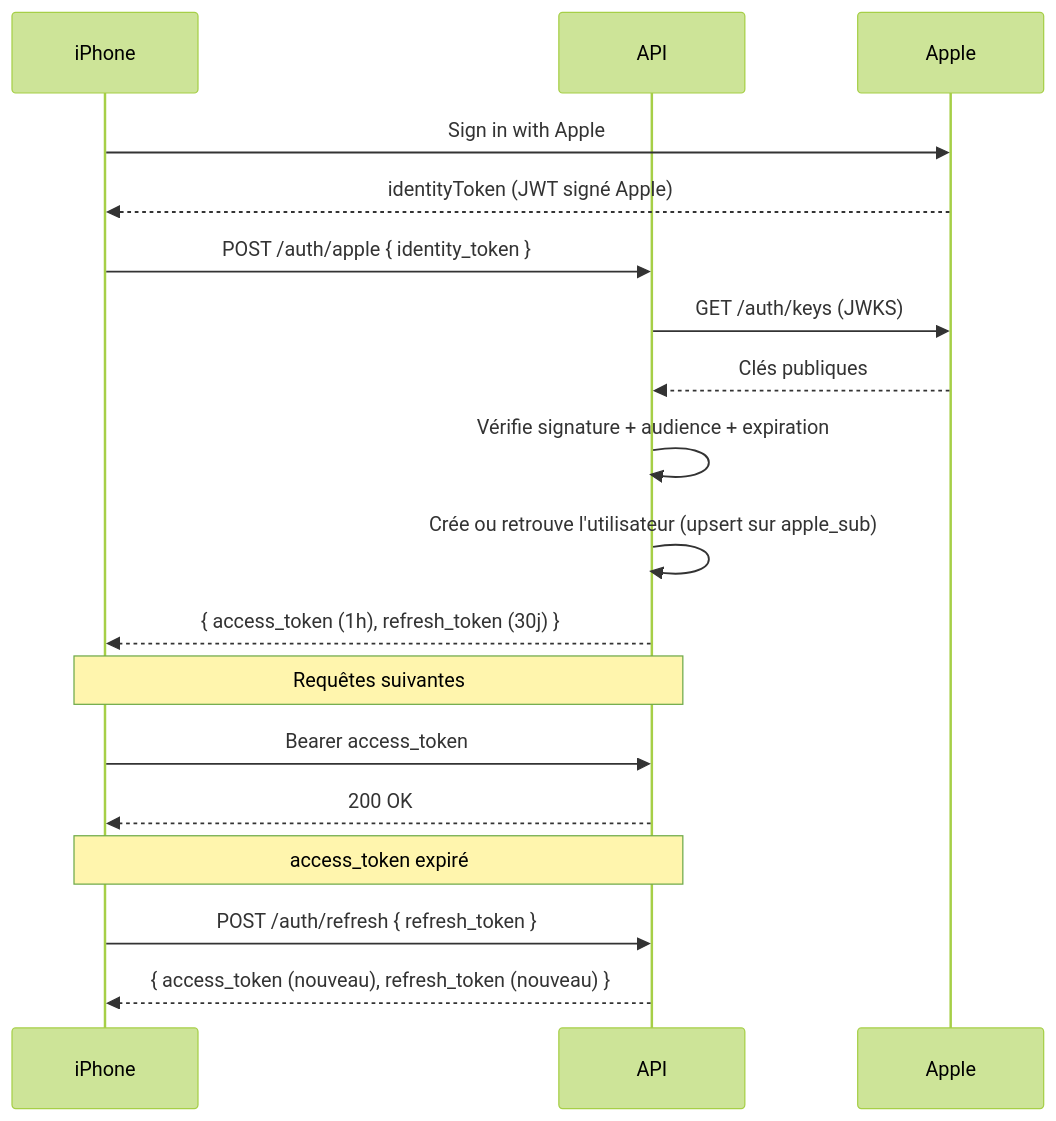
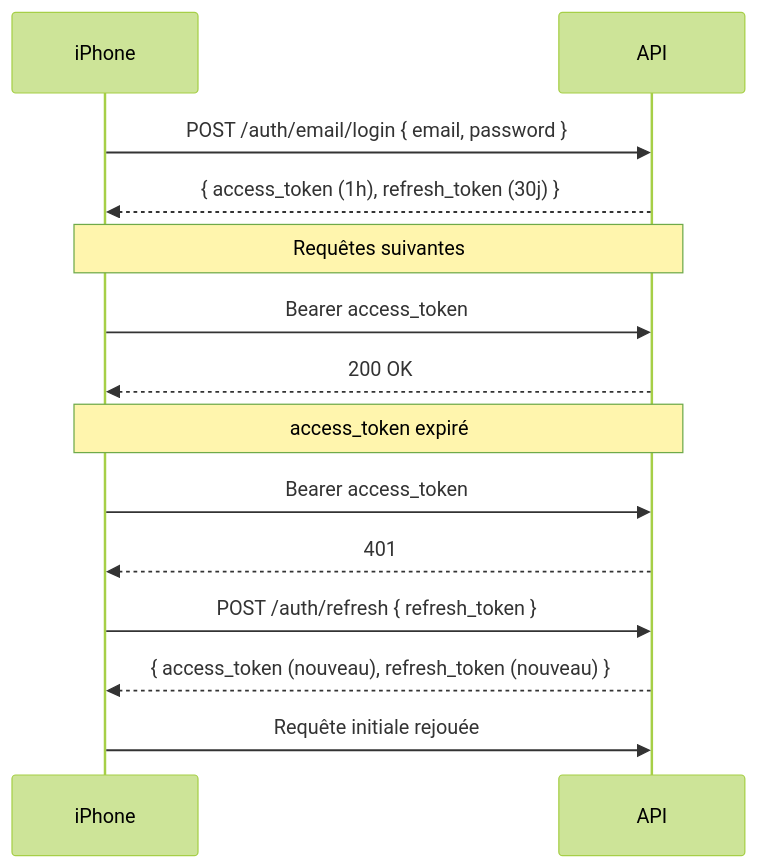
One commit to OscarPALISSOT/DeskClock changed the second of 2 diagrams in backend/README.md. Above: the diagram before and after it, drawn with Mermaid (forest theme). The commit also changed other lines of this file and 2 other files, not shown here.

````diff
--- a/backend/README.md
+++ b/backend/README.md
@@ -132,24 +141,19 @@
 ```mermaid
 sequenceDiagram
     participant iPhone
     participant API
-    participant Apple
 
-    iPhone->>Apple: Sign in with Apple
-    Apple-->>iPhone: identityToken (JWT signé Apple)
-
-    iPhone->>API: POST /auth/apple { identity_token }
-    API->>Apple: GET /auth/keys (JWKS)
-    Apple-->>API: Clés publiques
-    API->>API: Vérifie signature + audience + expiration
-    API->>API: Crée ou retrouve l'utilisateur (upsert sur apple_sub)
+    iPhone->>API: POST /auth/email/login { email, password }
     API-->>iPhone: { access_token (1h), refresh_token (30j) }
 
     Note over iPhone,API: Requêtes suivantes
     iPhone->>API: Bearer access_token
     API-->>iPhone: 200 OK
 
     Note over iPhone,API: access_token expiré
+    iPhone->>API: Bearer access_token
+    API-->>iPhone: 401
     iPhone->>API: POST /auth/refresh { refresh_token }
     API-->>iPhone: { access_token (nouveau), refresh_token (nouveau) }
+    iPhone->>API: Requête initiale rejouée
 ```
````
